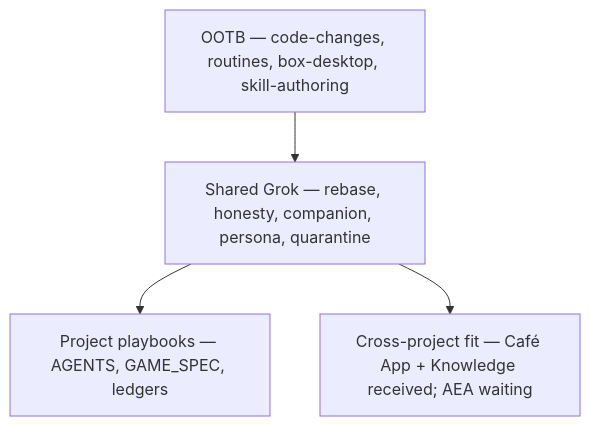
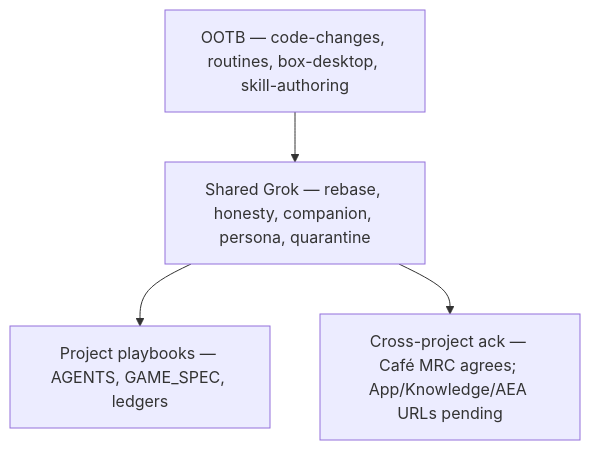
Before and after one commit to artofdream/zorg-dungeon: the diagram in docs/SKILL_MATRIX.md, drawn with Mermaid. The commit also changed other lines of this file and 3 other files, not shown here.

First line of the commit message:
docs: note Café MRC agree; App/Knowledge/AEA URLs pending

````diff
--- a/docs/SKILL_MATRIX.md
+++ b/docs/SKILL_MATRIX.md
@@ -20,10 +20,10 @@
 ```mermaid
 flowchart TB
   ootb["OOTB — code-changes, routines, box-desktop, skill-authoring"]
   shared["Shared Grok — rebase, honesty, companion, persona, quarantine"]
   playbooks["Project playbooks — AGENTS, GAME_SPEC, ledgers"]
-  fit["Cross-project fit — Café App + Knowledge received; AEA waiting"]
+  fit["Cross-project ack — Café MRC agrees; App/Knowledge/AEA URLs pending"]
   ootb --> shared
   shared --> playbooks
   shared --> fit
 ```
````
